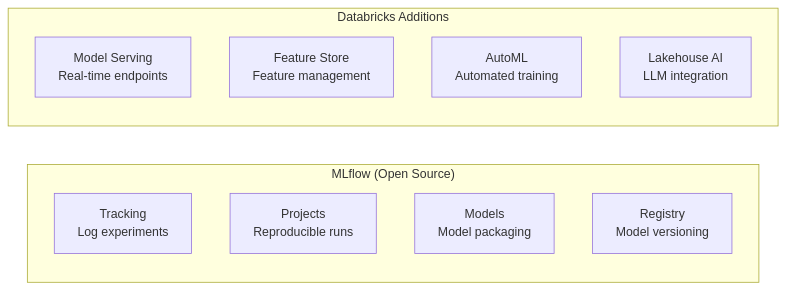
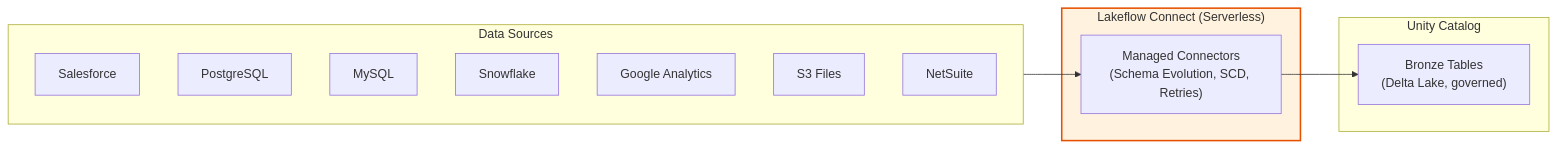
The eighth of 23 diagrams in platforms/01_Databricks.md (quocvinhx2101-ctrl/DE), drawn with Mermaid before and after one commit. The commit also changed other lines of this file and 17 other files, not shown here.

````diff
--- a/platforms/01_Databricks.md
+++ b/platforms/01_Databricks.md
@@ -194,16 +512,24 @@
 ```mermaid
-flowchart LR
-    subgraph OSS ["MLflow (Open Source)"]
-        TR["Tracking<br>Log experiments"]
-        PR["Projects<br>Reproducible runs"]
-        MO["Models<br>Model packaging"]
-        RE["Registry<br>Model versioning"]
+graph LR
+    subgraph Sources["Data Sources"]
+        SF["Salesforce"]
+        PG["PostgreSQL"]
+        MY["MySQL"]
+        SW["Snowflake"]
+        GA["Google Analytics"]
+        S3["S3 Files"]
+        NETSUITE["NetSuite"]
     end
     
-    subgraph DBX ["Databricks Additions"]
-        MS["Model Serving<br>Real-time endpoints"]
-        FS["Feature Store<br>Feature management"]
-        AM["AutoML<br>Automated training"]
-        LAI["Lakehouse AI<br>LLM integration"]
+    subgraph LFC["Lakeflow Connect (Serverless)"]
+        Connector["Managed Connectors<br/>(Schema Evolution, SCD, Retries)"]
     end
+    
+    subgraph Target["Unity Catalog"]
+        Bronze["Bronze Tables<br/>(Delta Lake, governed)"]
+    end
+    
+    Sources --> Connector --> Bronze
+    
+    style LFC fill:#fff3e0,stroke:#e65100,stroke-width:2px
 ```
````
